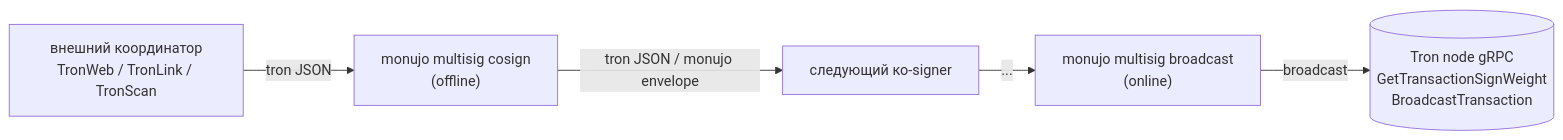
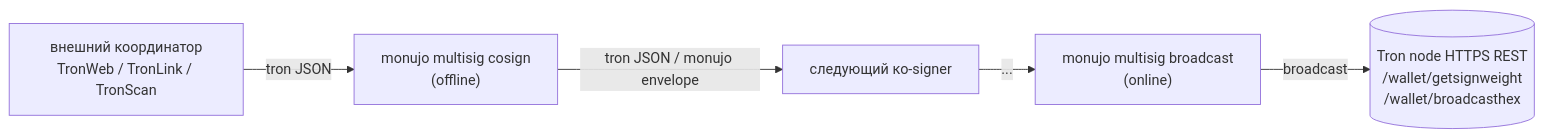
Before and after one commit to grafov/monujo: the diagram in docs/13-multisig.md, drawn with Mermaid. The commit also changed other lines of this file and 6 other files, not shown here.

````diff
--- a/docs/13-multisig.md
+++ b/docs/13-multisig.md
@@ -19,7 +19,7 @@
 ```mermaid
 flowchart LR
     ext["внешний координатор<br/>TronWeb / TronLink / TronScan"] -- tron JSON --> me["monujo multisig cosign<br/>(offline)"]
     me -- tron JSON / monujo envelope --> next["следующий ко-signer"]
     next -- "..." --> last["monujo multisig broadcast<br/>(online)"]
-    last -- broadcast --> chain[("Tron node gRPC<br/>GetTransactionSignWeight<br/>BroadcastTransaction")]
+    last -- broadcast --> chain[("Tron node HTTPS REST<br/>/wallet/getsignweight<br/>/wallet/broadcasthex")]
 ```
````
